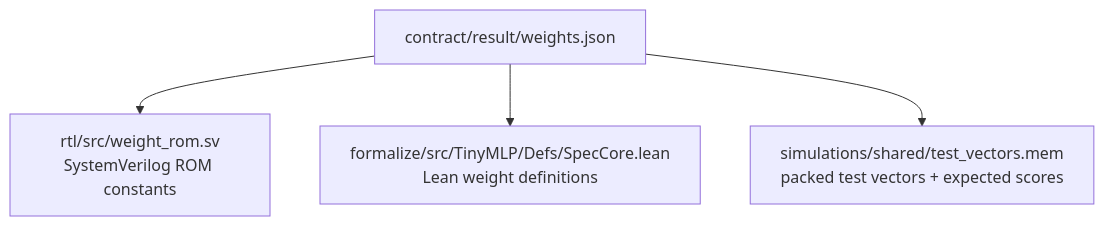
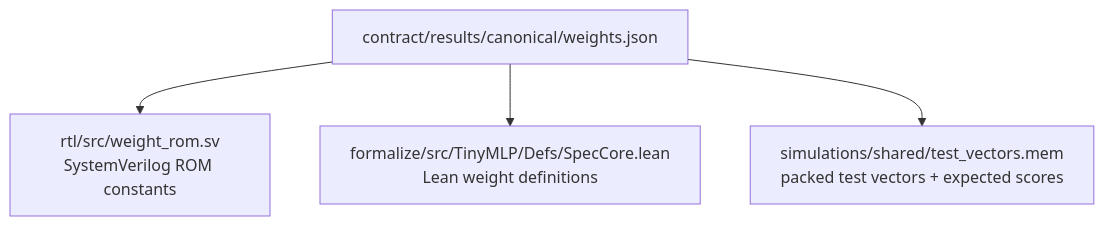
One commit to dfdgsdfg/ann-rtl-lean-poc changed the second of 7 diagrams in docs/from-ann-to-proven-hardware.md. Above: the diagram before and after it, drawn with Mermaid. The commit also changed other lines of this file and 52 other files, not shown here.

Commit message:
Adopt canonical results layout

````diff
--- a/docs/from-ann-to-proven-hardware.md
+++ b/docs/from-ann-to-proven-hardware.md
@@ -81,6 +81,6 @@
 ```mermaid
 graph TD
-    W[contract/result/weights.json] --> ROM["rtl/src/weight_rom.sv<br/>SystemVerilog ROM constants"]
+    W[contract/results/canonical/weights.json] --> ROM["rtl/src/weight_rom.sv<br/>SystemVerilog ROM constants"]
     W --> SPEC["formalize/src/TinyMLP/Defs/SpecCore.lean<br/>Lean weight definitions"]
     W --> VEC["simulations/shared/test_vectors.mem<br/>packed test vectors + expected scores"]
 ```
````
